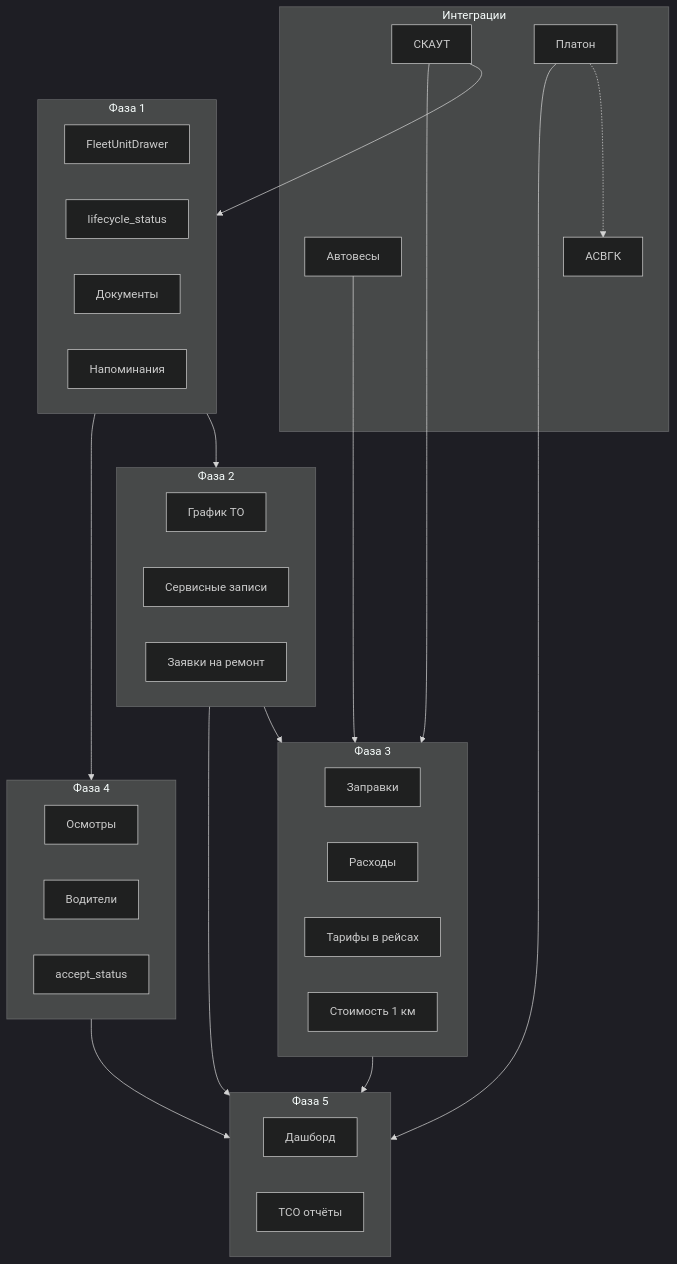
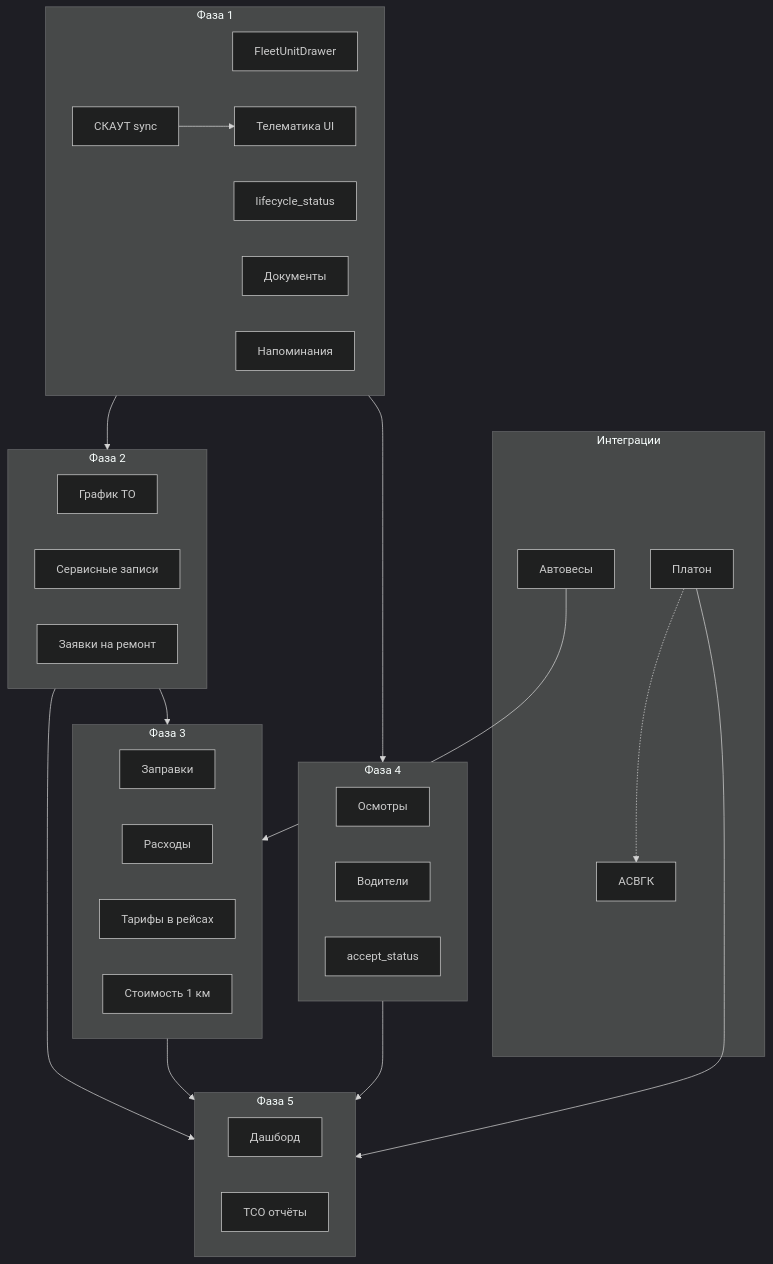
One commit to dgulaev/beton-order-app changed the second of 2 diagrams in .cursor/plans/развитие_техники_fms.plan.md. Above: the diagram before and after it, drawn with Mermaid (dark theme). The commit also changed other lines of this file and 38 other files, not shown here.

````diff
--- a/.cursor/plans/развитие_техники_fms.plan.md
+++ b/.cursor/plans/развитие_техники_fms.plan.md
@@ -788,51 +883,51 @@
 ```mermaid
 flowchart TB
   subgraph p1 [Фаза 1]
     A1[FleetUnitDrawer]
     A2[lifecycle_status]
     A3[Документы]
     A4[Напоминания]
+    A5[СКАУТ sync]
+    A6[Телематика UI]
   end
 
   subgraph p2 [Фаза 2]
     B1[График ТО]
     B2[Сервисные записи]
     B3[Заявки на ремонт]
   end
 
   subgraph p3 [Фаза 3]
     C1[Заправки]
     C2[Расходы]
     C3[Тарифы в рейсах]
     C4[Стоимость 1 км]
   end
 
   subgraph p4 [Фаза 4]
     D1[Осмотры]
     D2[Водители]
     D3[accept_status]
   end
 
   subgraph p5 [Фаза 5]
     E1[Дашборд]
     E2[TCO отчёты]
   end
 
   subgraph int [Интеграции]
     I1[Автовесы]
-    I2[СКАУТ]
     I3[Платон]
     I4[АСВГК]
   end
 
   p1 --> p2 --> p3
   p1 --> p4
   p2 --> p5
   p3 --> p5
   p4 --> p5
   I1 --> p3
-  I2 --> p1
-  I2 --> p3
+  A5 --> A6
   I3 --> p5
   I3 -.-> I4
 ```
````
